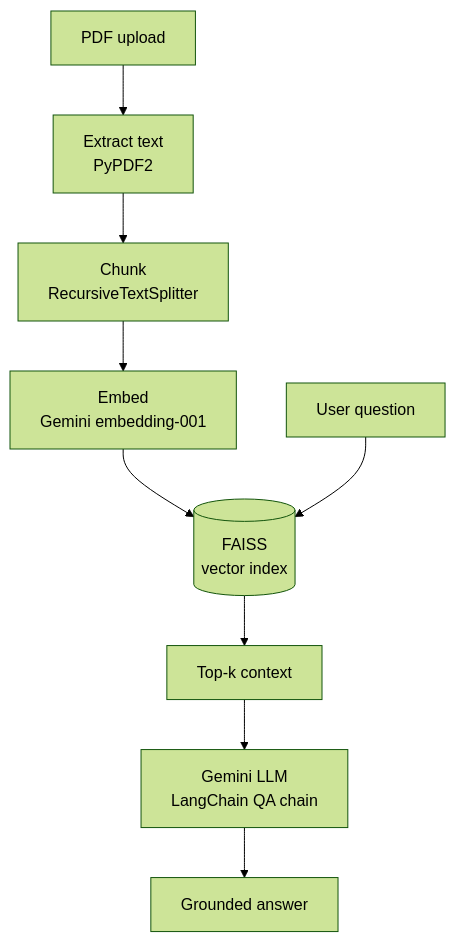
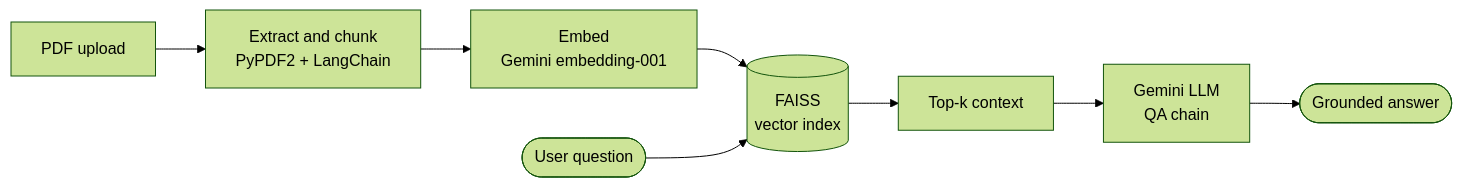
Before and after one commit to Pranith07-coder/Pranith07-coder: the diagram in README.md, drawn with Mermaid (forest theme). The commit also changed other lines of this file, not shown here.

````diff
--- a/README.md
+++ b/README.md
@@ -50,11 +36,10 @@
 ```mermaid
-flowchart TD
-    A[PDF upload] --> B[Extract text<br/>PyPDF2]
-    B --> C[Chunk<br/>RecursiveTextSplitter]
-    C --> D[Embed<br/>Gemini embedding-001]
-    D --> E[(FAISS<br/>vector index)]
-    Q[User question] --> E
-    E --> F[Top-k context]
-    F --> G[Gemini LLM<br/>LangChain QA chain]
-    G --> H[Grounded answer]
+flowchart LR
+    A[PDF upload] --> B[Extract and chunk<br/>PyPDF2 + LangChain]
+    B --> C[Embed<br/>Gemini embedding-001]
+    C --> D[(FAISS<br/>vector index)]
+    Q([User question]) --> D
+    D --> E[Top-k context]
+    E --> F[Gemini LLM<br/>QA chain]
+    F --> G([Grounded answer])
 ```
````
